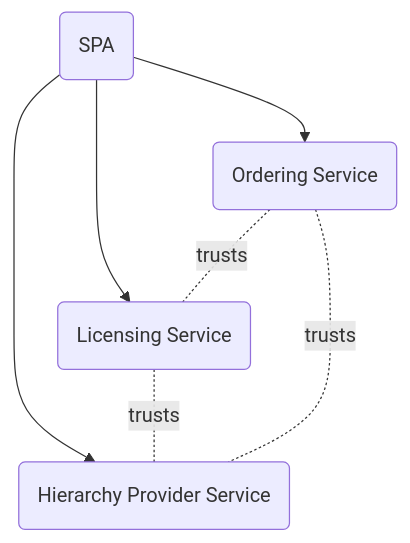
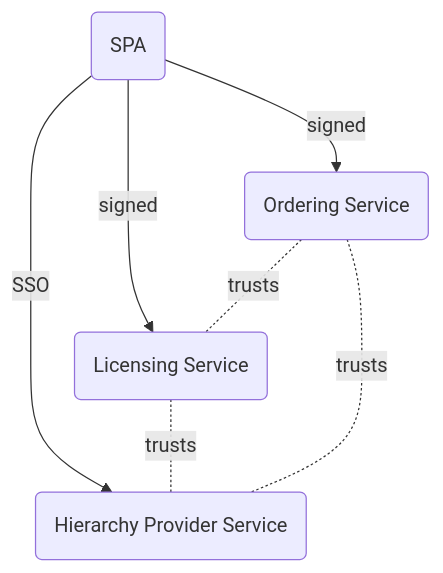
The third of 4 diagrams in docs/service-communication.md (bettermarks/license-manager-POC), drawn with Mermaid before and after one commit. The commit also changed other lines of this file and 1 other file, not shown here.

Commit message:
docs: service communication extended

````diff
--- a/docs/service-communication.md
+++ b/docs/service-communication.md
@@ -29,9 +39,14 @@
 ```mermaid
 flowchart TB
-SPA(SPA)-->ORDS(Ordering Service);
-SPA(SPA)-->LICS(Licensing Service);
-SPA(SPA)-->HIPS(Hierarchy Provider Service);
-ORDS(Ordering Service) -.- |trusts| LICS(Licensing Service);
-LICS(Licensing Service) -.- |trusts| HIPS(Hierarchy Provider Service);
-ORDS(Ordering Service) -.- |trusts| HIPS(Hierarchy Provider Service);
+ORDS(Ordering Service)
+SPA(SPA)
+HIPS(Hierarchy Provider Service)
+LICS(Licensing Service)
+
+SPA--> |signed| ORDS;
+SPA--> |signed| LICS;
+SPA--> |SSO| HIPS;
+ORDS -.- |trusts| LICS;
+LICS -.- |trusts| HIPS;
+ORDS -.- |trusts| HIPS;
 ```
````
